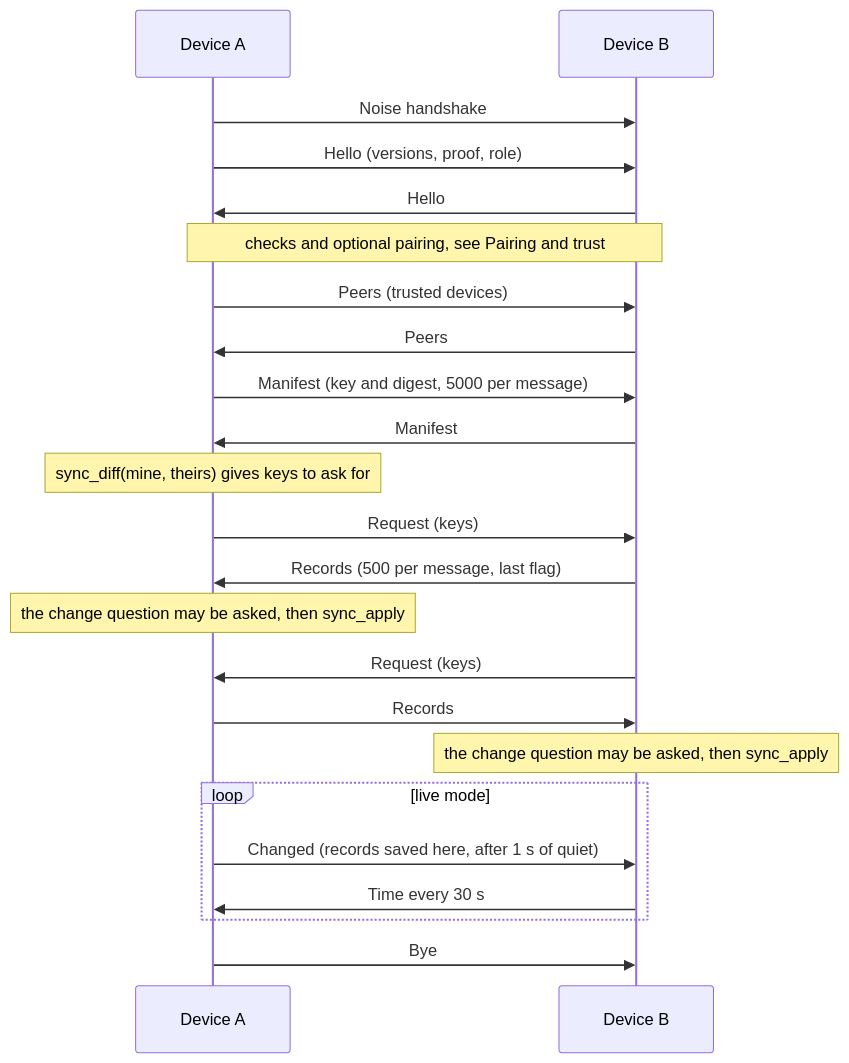
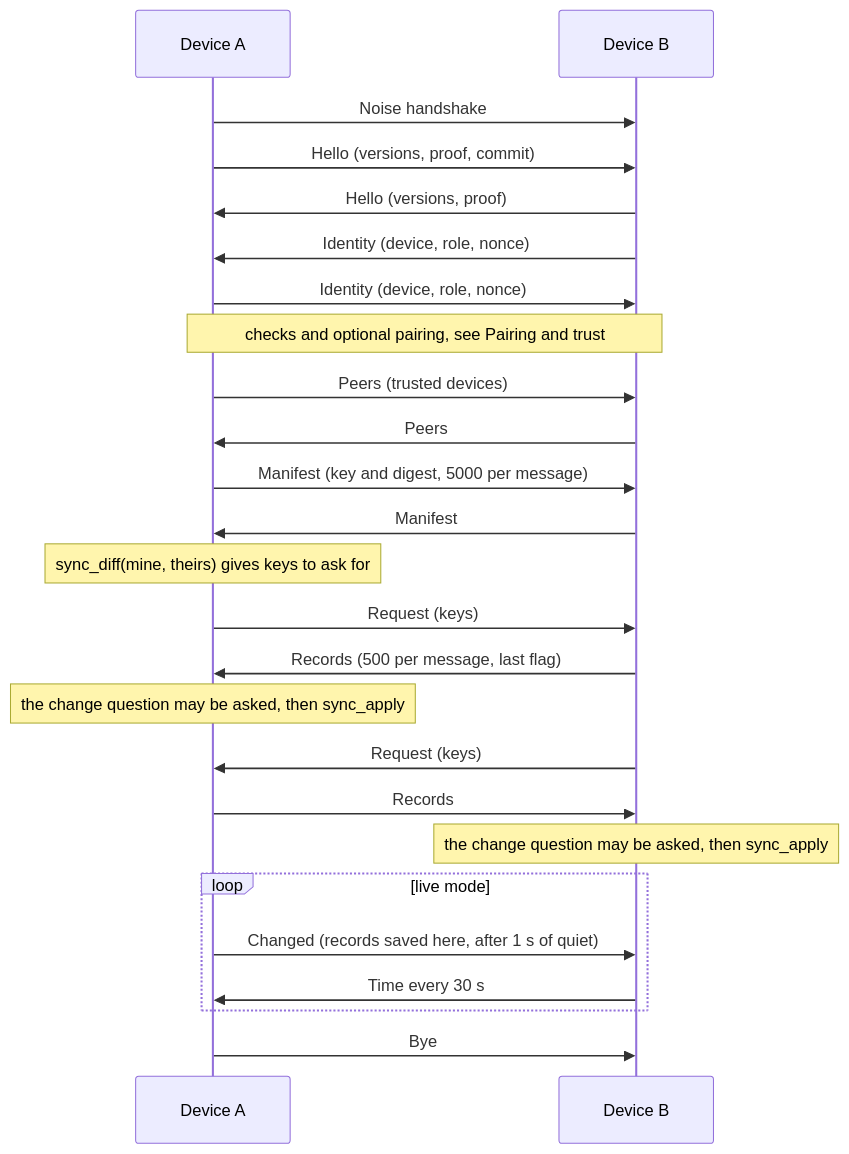
The first of 2 diagrams in docs/sync/exchange-and-merge.md (Reckeck/mwt), drawn with Mermaid before and after one commit. The commit also changed other lines of this file and 11 other files, not shown here.

First line of the commit message:
feat(sync): protocol 4, identity after the vault proof (#91)

````diff
--- a/docs/sync/exchange-and-merge.md
+++ b/docs/sync/exchange-and-merge.md
@@ -40,25 +40,27 @@
 ```mermaid
 sequenceDiagram
     participant A as Device A
     participant B as Device B
     A->>B: Noise handshake
-    A->>B: Hello (versions, proof, role)
-    B->>A: Hello
+    A->>B: Hello (versions, proof, commit)
+    B->>A: Hello (versions, proof)
+    B->>A: Identity (device, role, nonce)
+    A->>B: Identity (device, role, nonce)
     Note over A,B: checks and optional pairing, see Pairing and trust
     A->>B: Peers (trusted devices)
     B->>A: Peers
     A->>B: Manifest (key and digest, 5000 per message)
     B->>A: Manifest
     Note over A: sync_diff(mine, theirs) gives keys to ask for
     A->>B: Request (keys)
     B->>A: Records (500 per message, last flag)
     Note over A: the change question may be asked, then sync_apply
     B->>A: Request (keys)
     A->>B: Records
     Note over B: the change question may be asked, then sync_apply
     loop live mode
         A->>B: Changed (records saved here, after 1 s of quiet)
         B->>A: Time every 30 s
     end
     A->>B: Bye
 ```
````
